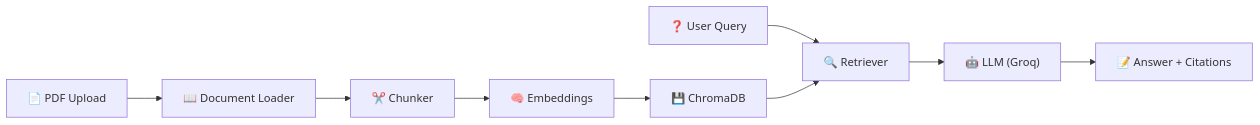
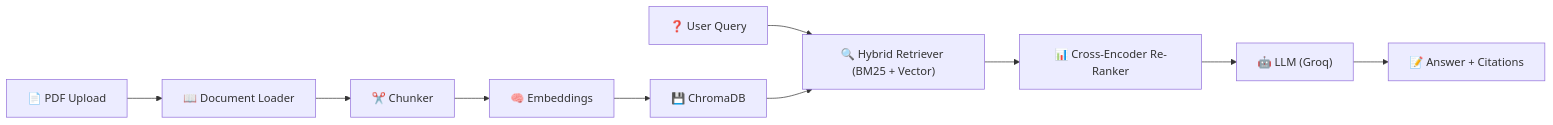
One commit to divyanshurai27/ask-my-doc changed the diagram in README.md. Above: the diagram before and after it, drawn with Mermaid. The commit also changed other lines of this file and 7 other files, not shown here.

Commit message:
feat(phase3): Implement Hybrid Search, Cross-Encoder Re-Ranking, and Ragas Offline Evaluation

````diff
--- a/README.md
+++ b/README.md
@@ -18,11 +21,12 @@
 ```mermaid
 flowchart LR
     A["📄 PDF Upload"] --> B["📖 Document Loader"]
     B --> C["✂️ Chunker"]
     C --> D["🧠 Embeddings"]
     D --> E["💾 ChromaDB"]
-    F["❓ User Query"] --> G["🔍 Retriever"]
+    F["❓ User Query"] --> G["🔍 Hybrid Retriever (BM25 + Vector)"]
     E --> G
-    G --> H["🤖 LLM (Groq)"]
+    G --> R["📊 Cross-Encoder Re-Ranker"]
+    R --> H["🤖 LLM (Groq)"]
     H --> I["📝 Answer + Citations"]
 ```
````
